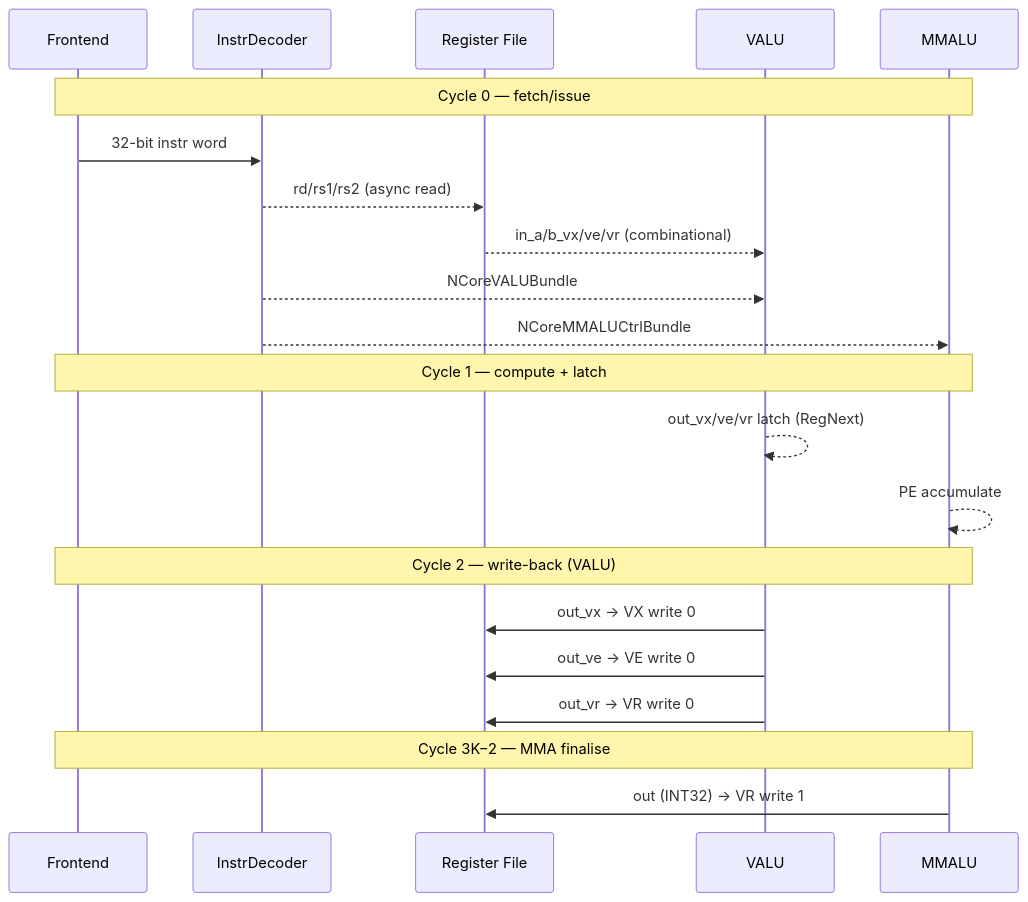
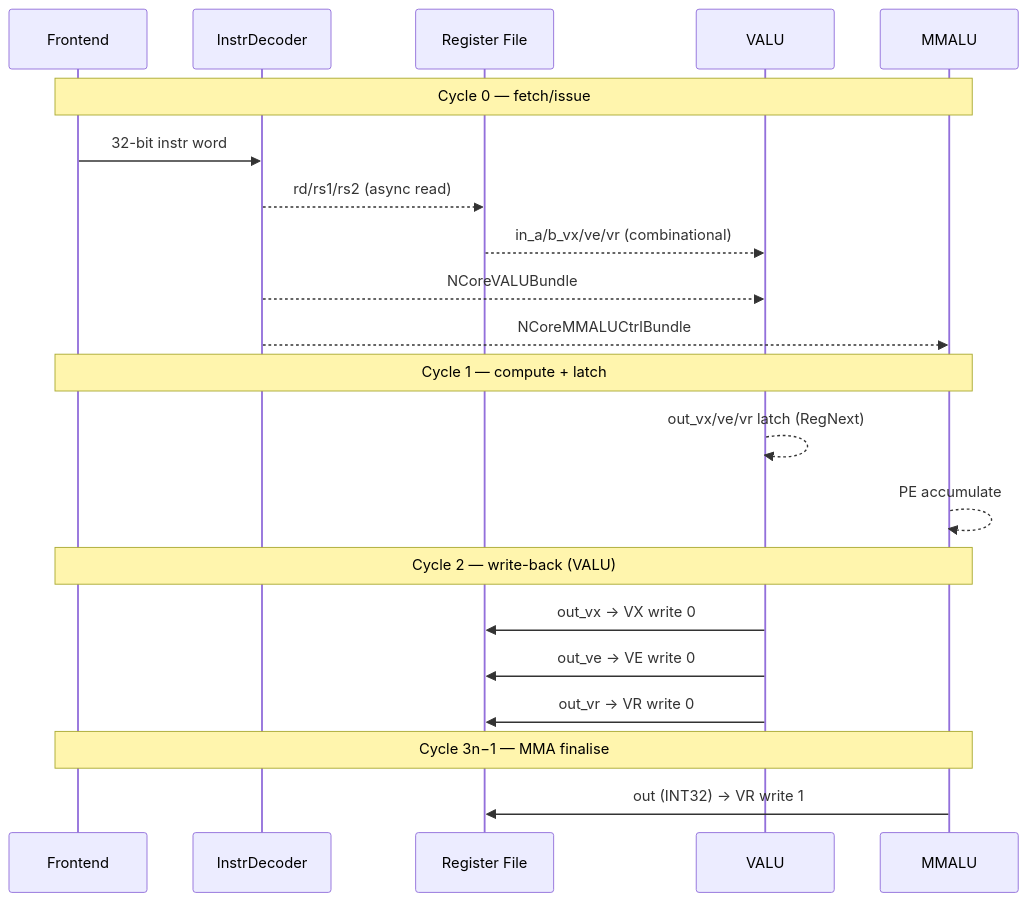
Before and after one commit to mpskex/chisel-npu: the second of 3 diagrams in docs/implementations/NeuralCore.md, drawn with Mermaid. The commit also changed other lines of this file and 35 other files, not shown here.

````diff
--- a/docs/implementations/NeuralCore.md
+++ b/docs/implementations/NeuralCore.md
@@ -91,28 +91,28 @@
 ```mermaid
 sequenceDiagram
     participant FE as Frontend
     participant DEC as InstrDecoder
     participant RF as Register File
     participant VU as VALU
     participant MMA as MMALU
 
     note over FE,MMA: Cycle 0 — fetch/issue
 
     FE->>DEC: 32-bit instr word
     DEC-->>RF: rd/rs1/rs2 (async read)
     RF-->>VU: in_a/b_vx/ve/vr (combinational)
     DEC-->>VU: NCoreVALUBundle
     DEC-->>MMA: NCoreMMALUCtrlBundle
 
     note over FE,MMA: Cycle 1 — compute + latch
     VU-->>VU: out_vx/ve/vr latch (RegNext)
     MMA-->>MMA: PE accumulate
 
     note over FE,MMA: Cycle 2 — write-back (VALU)
     VU->>RF: out_vx → VX write 0
     VU->>RF: out_ve → VE write 0
     VU->>RF: out_vr → VR write 0
 
-    note over FE,MMA: Cycle 3K−2 — MMA finalise
+    note over FE,MMA: Cycle 3n−1 — MMA finalise
     MMA->>RF: out (INT32) → VR write 1
 ```
````
